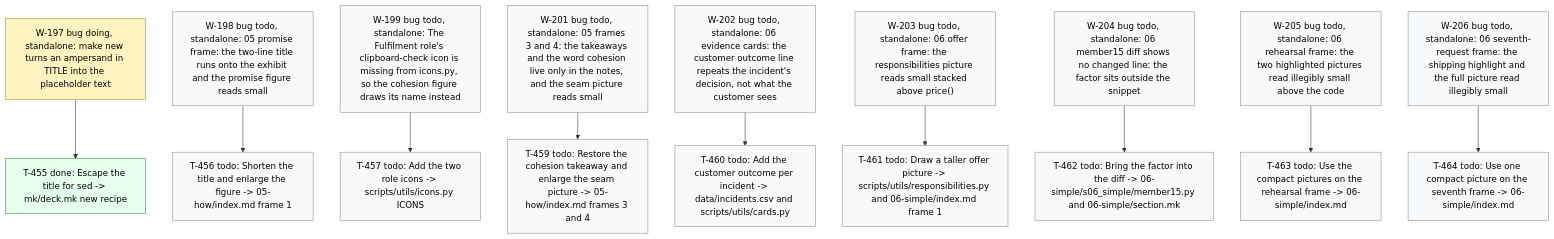
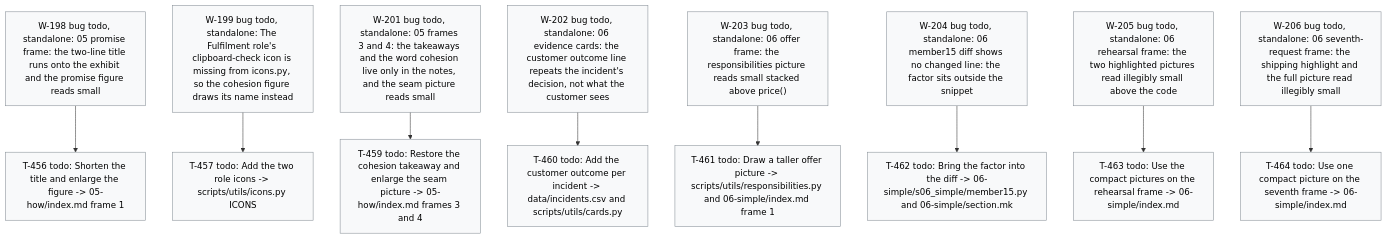
Before and after one commit to dpopchev/chaos-to-simple: the diagram in .board/BOARD.md, drawn with Mermaid. The commit also changed other lines of this file and 3 other files, not shown here.

````diff
--- a/.board/BOARD.md
+++ b/.board/BOARD.md
@@ -1174,29 +1179,25 @@
 ```mermaid
 flowchart TD
-  W197["W-197 bug doing, standalone: make new turns an ampersand in TITLE into the placeholder text"]
-  W197 --> T455["T-455 done: Escape the title for sed -> mk/deck.mk new recipe"]
   W198["W-198 bug todo, standalone: 05 promise frame: the two-line title runs onto the exhibit and the promise figure reads small"]
   W198 --> T456["T-456 todo: Shorten the title and enlarge the figure -> 05-how/index.md frame 1"]
   W199["W-199 bug todo, standalone: The Fulfilment role's clipboard-check icon is missing from icons.py, so the cohesion figure draws its name instead"]
   W199 --> T457["T-457 todo: Add the two role icons -> scripts/utils/icons.py ICONS"]
   W201["W-201 bug todo, standalone: 05 frames 3 and 4: the takeaways and the word cohesion live only in the notes, and the seam picture reads small"]
   W201 --> T459["T-459 todo: Restore the cohesion takeaway and enlarge the seam picture -> 05-how/index.md frames 3 and 4"]
   W202["W-202 bug todo, standalone: 06 evidence cards: the customer outcome line repeats the incident's decision, not what the customer sees"]
   W202 --> T460["T-460 todo: Add the customer outcome per incident -> data/incidents.csv and scripts/utils/cards.py"]
   W203["W-203 bug todo, standalone: 06 offer frame: the responsibilities picture reads small stacked above price()"]
   W203 --> T461["T-461 todo: Draw a taller offer picture -> scripts/utils/responsibilities.py and 06-simple/index.md frame 1"]
   W204["W-204 bug todo, standalone: 06 member15 diff shows no changed line: the factor sits outside the snippet"]
   W204 --> T462["T-462 todo: Bring the factor into the diff -> 06-simple/s06_simple/member15.py and 06-simple/section.mk"]
   W205["W-205 bug todo, standalone: 06 rehearsal frame: the two highlighted pictures read illegibly small above the code"]
   W205 --> T463["T-463 todo: Use the compact pictures on the rehearsal frame -> 06-simple/index.md"]
   W206["W-206 bug todo, standalone: 06 seventh-request frame: the shipping highlight and the full picture read illegibly small"]
   W206 --> T464["T-464 todo: Use one compact picture on the seventh frame -> 06-simple/index.md"]
   classDef doing fill:#fff3bf,stroke:#b58900,color:#000;
   classDef blocked fill:#ffe3e3,stroke:#c92a2a,color:#000;
   classDef done fill:#e6ffed,stroke:#2b8a3e,color:#000;
   classDef todo fill:#f8f9fa,stroke:#868e96,color:#000;
   classDef pruned fill:#f1f3f5,stroke:#adb5bd,color:#000;
-  class W197 doing
-  class T455 done
   class W198,T456,W199,T457,W201,T459,W202,T460,W203,T461,W204,T462,W205,T463,W206,T464 todo
 ```
````
